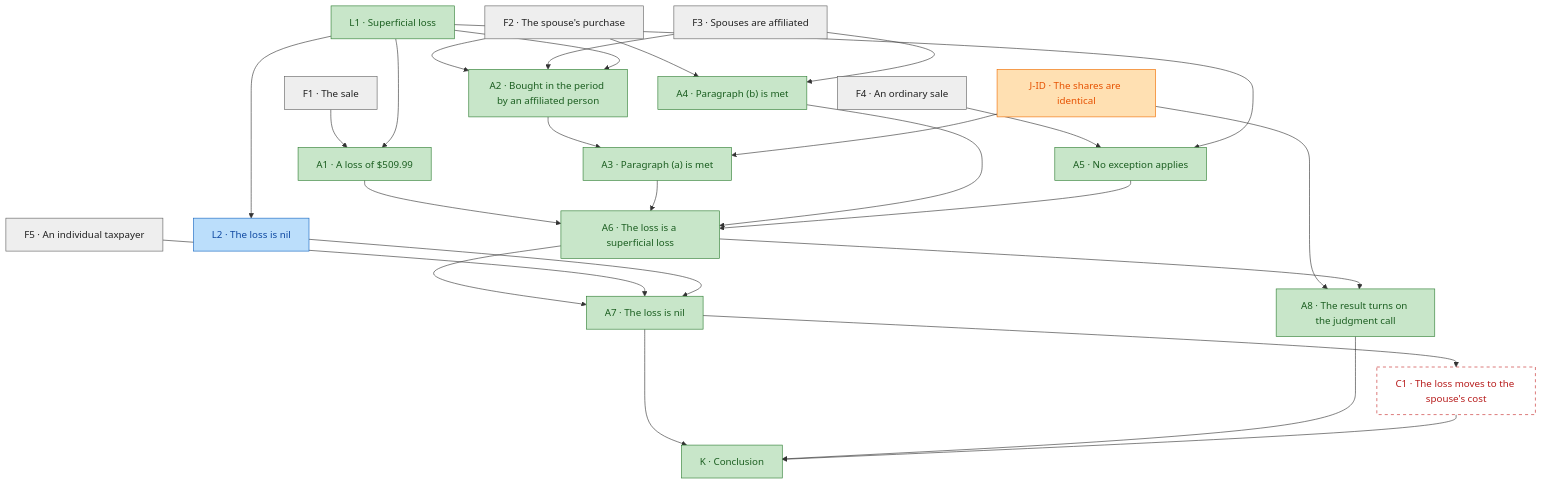
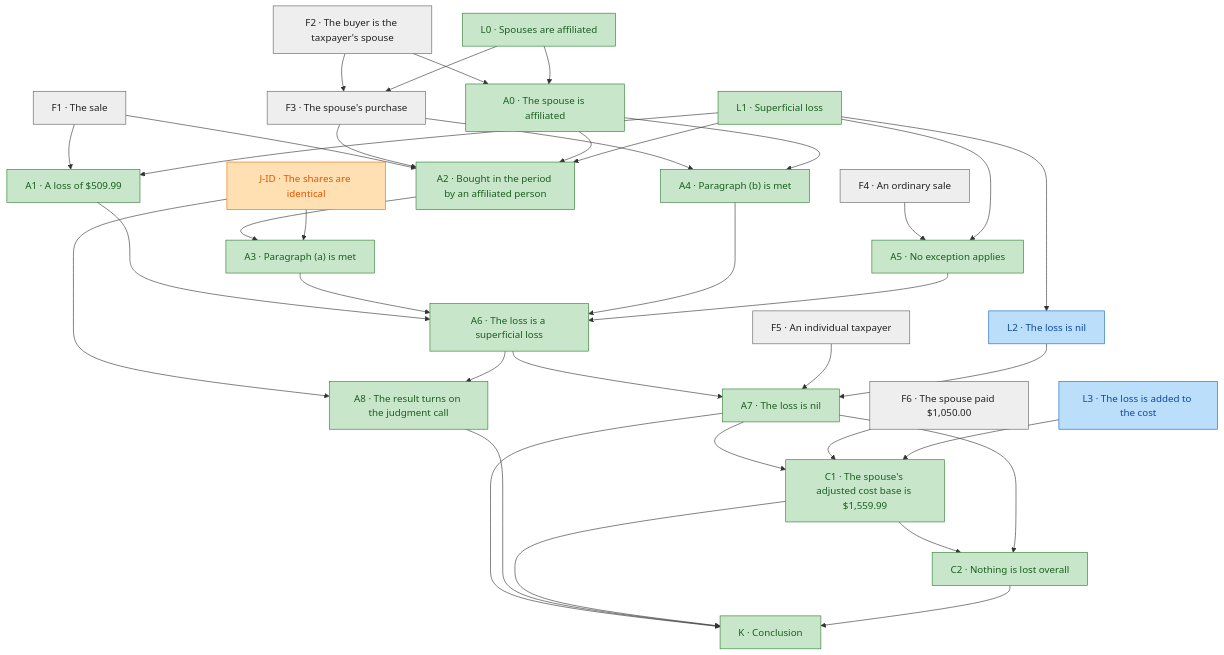
Before and after one commit to SeanWMurray/Canteen: the first of 5 diagrams in docs/blueprint/spouse-repurchase.md, drawn with Mermaid. The commit also changed other lines of this file and 37 other files, not shown here.

````diff
--- a/docs/blueprint/spouse-repurchase.md
+++ b/docs/blueprint/spouse-repurchase.md
@@ -15,52 +15,67 @@
 ```mermaid
 graph TD
-  n0["F1 · The sale"]:::fact
-  n1["F2 · The spouse's purchase"]:::fact
-  n2["F3 · Spouses are affiliated"]:::fact
-  n3["F4 · An ordinary sale"]:::fact
-  n4["F5 · An individual taxpayer"]:::fact
-  n5["J-ID · The shares are identical"]:::judgment
-  n6["L1 · Superficial loss"]:::proven
-  n7["L2 · The loss is nil"]:::encoded
-  n8["A1 · A loss of $509.99"]:::proven
-  n9["A2 · Bought in the period by an affiliated person"]:::proven
-  n10["A3 · Paragraph (a) is met"]:::proven
-  n11["A4 · Paragraph (b) is met"]:::proven
-  n12["A5 · No exception applies"]:::proven
-  n13["A6 · The loss is a superficial loss"]:::proven
-  n14["A7 · The loss is nil"]:::proven
-  n15["A8 · The result turns on the judgment call"]:::proven
-  n16["C1 · The loss moves to the spouse's cost"]:::notFormalized
-  n17["K · Conclusion"]:::proven
-  n6 --> n7
-  n0 --> n8
-  n6 --> n8
-  n1 --> n9
-  n2 --> n9
-  n6 --> n9
-  n9 --> n10
-  n5 --> n10
-  n1 --> n11
-  n2 --> n11
-  n3 --> n12
-  n6 --> n12
-  n8 --> n13
-  n10 --> n13
+  n0["L0 · Spouses are affiliated"]:::proven
+  n1["L1 · Superficial loss"]:::proven
+  n2["L2 · The loss is nil"]:::encoded
+  n3["L3 · The loss is added to the cost"]:::encoded
+  n4["F1 · The sale"]:::fact
+  n5["F2 · The buyer is the taxpayer's spouse"]:::fact
+  n6["F3 · The spouse's purchase"]:::fact
+  n7["F4 · An ordinary sale"]:::fact
+  n8["F5 · An individual taxpayer"]:::fact
+  n9["F6 · The spouse paid $1,050.00"]:::fact
+  n10["J-ID · The shares are identical"]:::judgment
+  n11["A0 · The spouse is affiliated"]:::proven
+  n12["A1 · A loss of $509.99"]:::proven
+  n13["A2 · Bought in the period by an affiliated person"]:::proven
+  n14["A3 · Paragraph (a) is met"]:::proven
+  n15["A4 · Paragraph (b) is met"]:::proven
+  n16["A5 · No exception applies"]:::proven
+  n17["A6 · The loss is a superficial loss"]:::proven
+  n18["A7 · The loss is nil"]:::proven
+  n19["A8 · The result turns on the judgment call"]:::proven
+  n20["C1 · The spouse's adjusted cost base is $1,559.99"]:::proven
+  n21["C2 · Nothing is lost overall"]:::proven
+  n22["K · Conclusion"]:::proven
+  n1 --> n2
+  n5 --> n6
+  n0 --> n6
+  n5 --> n11
+  n0 --> n11
+  n4 --> n12
+  n1 --> n12
+  n4 --> n13
+  n6 --> n13
   n11 --> n13
-  n12 --> n13
+  n1 --> n13
   n13 --> n14
-  n4 --> n14
-  n7 --> n14
-  n5 --> n15
-  n13 --> n15
-  n14 --> n16
+  n10 --> n14
+  n6 --> n15
+  n11 --> n15
+  n7 --> n16
+  n1 --> n16
+  n12 --> n17
   n14 --> n17
   n15 --> n17
   n16 --> n17
+  n17 --> n18
+  n8 --> n18
+  n2 --> n18
+  n10 --> n19
+  n17 --> n19
+  n18 --> n20
+  n9 --> n20
+  n3 --> n20
+  n20 --> n21
+  n18 --> n21
+  n18 --> n22
+  n19 --> n22
+  n20 --> n22
+  n21 --> n22
   classDef proven fill:#c8e6c9,stroke:#2e7d32,color:#1b5e20
   classDef encoded fill:#bbdefb,stroke:#1565c0,color:#0d47a1
   classDef fact fill:#eeeeee,stroke:#616161,color:#212121
   classDef judgment fill:#ffe0b2,stroke:#ef6c00,color:#e65100
   classDef notFormalized fill:#ffffff,stroke:#c62828,color:#b71c1c,stroke-dasharray:5 5
   classDef unproven fill:#ffcdd2,stroke:#c62828,color:#b71c1c
 ```
````
